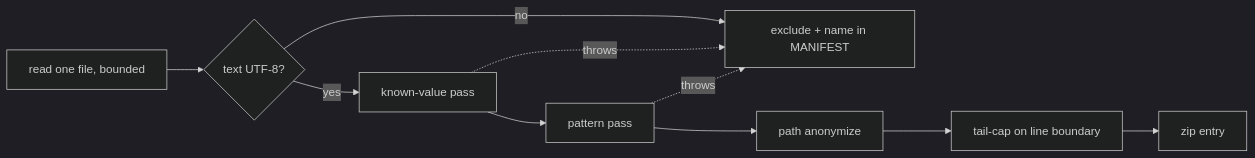
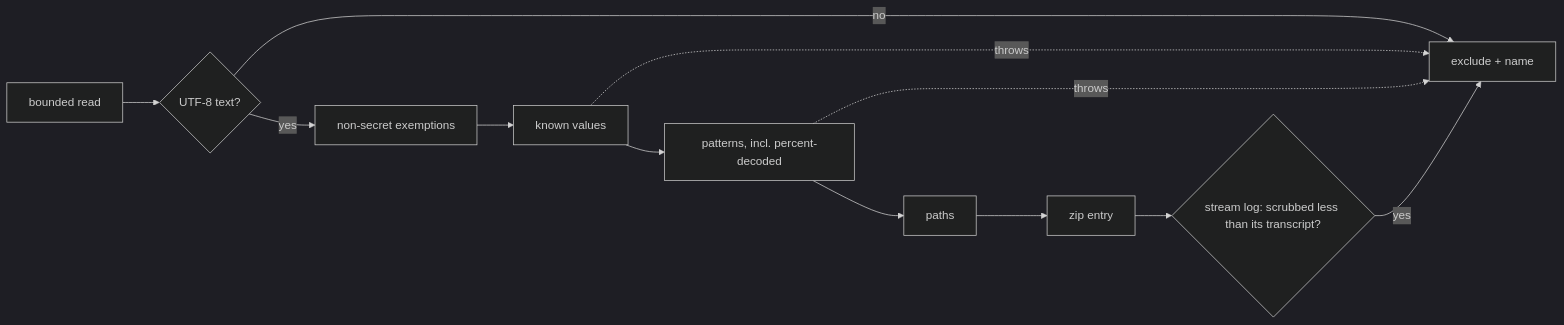
The diagram in docs/plans/799-run-bundle.charter.md (Servant-Software-LLC/Guardrails), drawn with Mermaid (dark theme) before and after one commit. The commit also changed other lines of this file, not shown here.

````diff
--- a/docs/plans/799-run-bundle.charter.md
+++ b/docs/plans/799-run-bundle.charter.md
@@ -150,8 +150,10 @@
 ```mermaid
 graph LR
-  R[read one file, bounded] --> T{text UTF-8?}
-  T -- no --> X[exclude + name in MANIFEST]
-  T -- yes --> K[known-value pass] --> P[pattern pass] --> A[path anonymize] --> C[tail-cap on line boundary] --> Z[zip entry]
+  R[bounded read] --> T{UTF-8 text?}
+  T -- no --> X[exclude + name]
+  T -- yes --> E[non-secret exemptions] --> K[known values] --> P[patterns, incl. percent-decoded] --> A[paths] --> Z[zip entry]
   K -. throws .-> X
   P -. throws .-> X
+  Z --> V{stream log: scrubbed less than its transcript?}
+  V -- yes --> X
 ```
````
